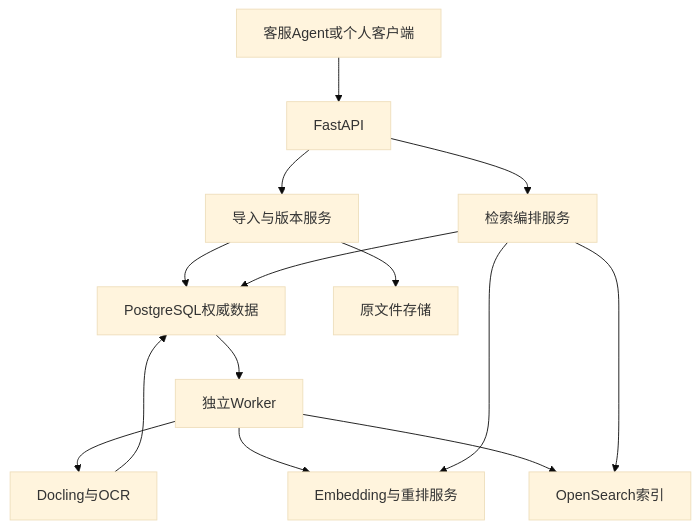
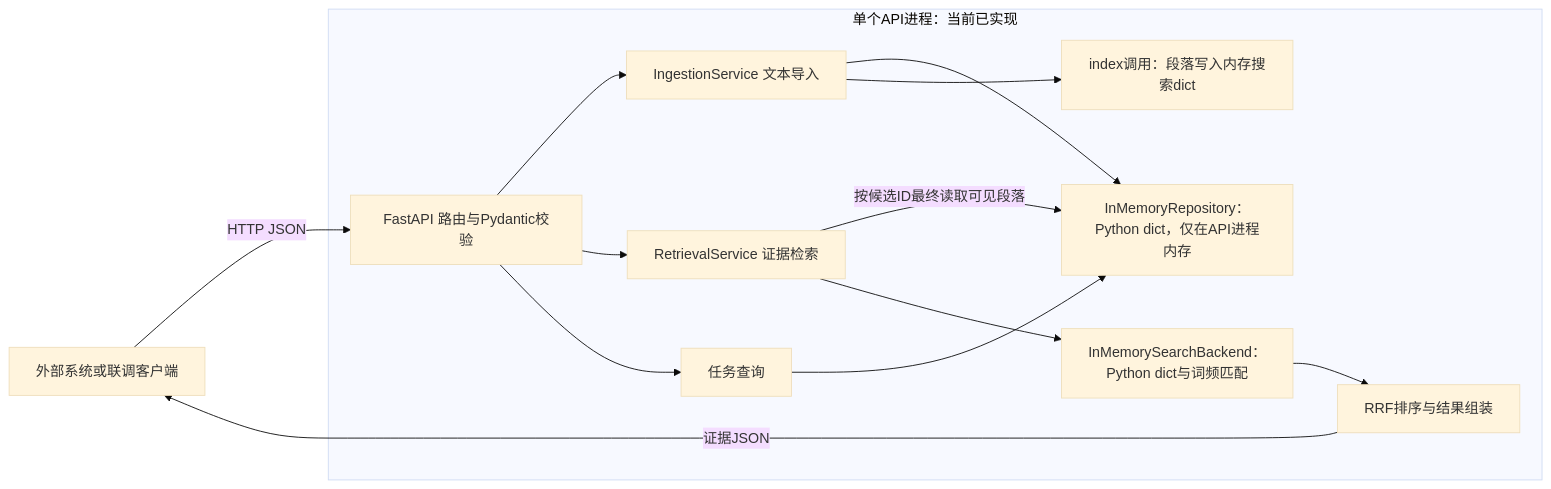
Before and after one commit to ttonghao-thao/CueKB: the first of 6 diagrams in docs/SYSTEM_DESIGN.md, drawn with Mermaid (base theme). The commit also changed other lines of this file and 44 other files, not shown here.

````diff
--- a/docs/SYSTEM_DESIGN.md
+++ b/docs/SYSTEM_DESIGN.md
@@ -32,16 +38,16 @@
 ```mermaid
-flowchart TD
-    U["客服Agent或个人客户端"] --> API["FastAPI"]
-    API --> ING["导入与版本服务"]
-    API --> RET["检索编排服务"]
-    ING --> PG["PostgreSQL权威数据"]
-    PG --> W["独立Worker"]
-    W --> P["Docling与OCR"]
-    P --> PG
-    W --> MOD["Embedding与重排服务"]
-    W --> OS["OpenSearch索引"]
-    RET --> OS
-    RET --> MOD
-    RET --> PG
-    ING --> FILE["原文件存储"]
+flowchart LR
+    C["外部系统或联调客户端"] -->|HTTP JSON| API["FastAPI 路由与Pydantic校验"]
+    subgraph PROCESS["单个API进程：当前已实现"]
+        API --> ING["IngestionService 文本导入"]
+        API --> RET["RetrievalService 证据检索"]
+        API --> JOB["任务查询"]
+        ING --> MEM["InMemoryRepository：Python dict，仅在API进程内存"]
+        JOB --> MEM
+        RET -->|按候选ID最终读取可见段落| MEM
+        RET --> KW["InMemorySearchBackend：Python dict与词频匹配"]
+        KW --> RRF["RRF排序与结果组装"]
+        ING --> IDX["index调用：段落写入内存搜索dict"]
+    end
+    RRF -->|证据JSON| C
 ```
````
